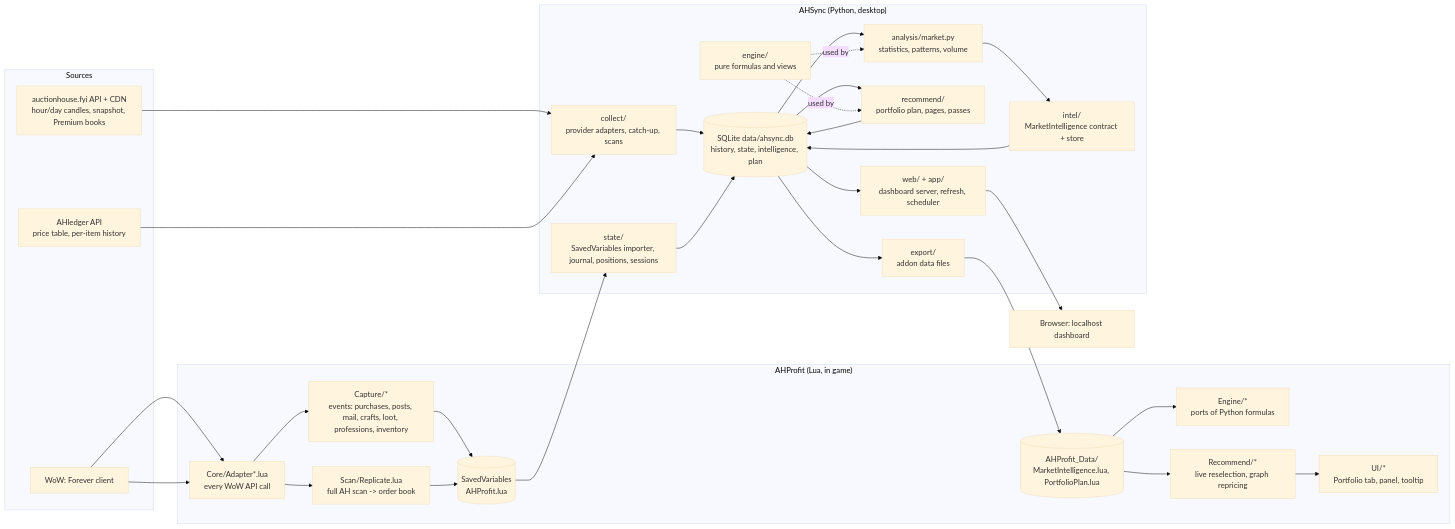
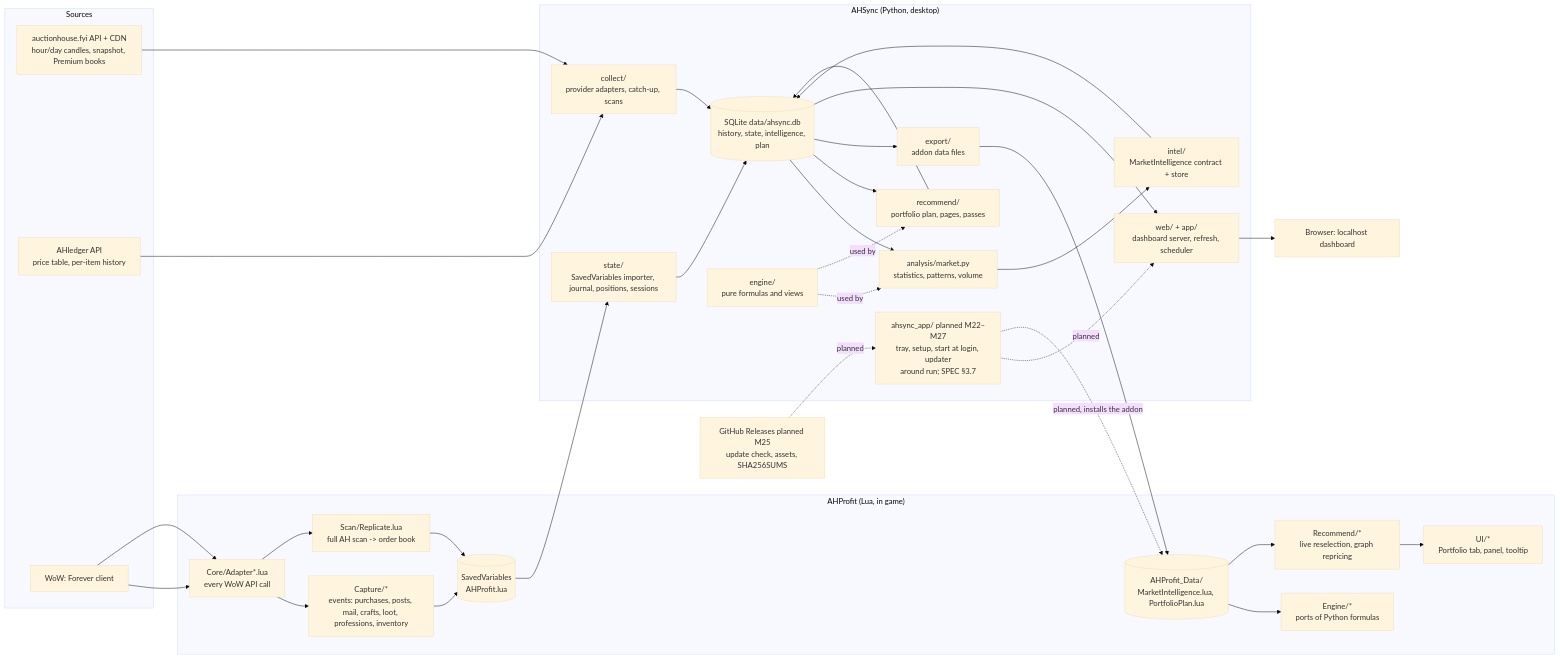
One commit to ctng1213/WowAuction changed the first of 8 diagrams in docs/ARCHITECTURE.md. Above: the diagram before and after it, drawn with Mermaid (base theme). The commit also changed other lines of this file and 4 other files, not shown here.

Commit message:
Spec merge and plan: the packaging batch (M22-M27) in SPEC §3.7, 41 scenarios (DR1-DR28, FM48-FM55, SEC13-SEC15, D97-D98) pending, planned diagrams in ARCHITECTURE §6, and the Opus handoff plan docs/plans/packaging.md with the planner's calls approved

````diff
--- a/docs/ARCHITECTURE.md
+++ b/docs/ARCHITECTURE.md
@@ -11,48 +11,53 @@
 ```mermaid
 flowchart LR
   subgraph Sources
     AHF[auctionhouse.fyi API + CDN<br/>hour/day candles, snapshot, Premium books]
     AHL[AHledger API<br/>price table, per-item history]
     Game[WoW: Forever client]
   end
 
   subgraph Addon["AHProfit (Lua, in game)"]
     Adapter[Core/Adapter*.lua<br/>every WoW API call]
     Capture[Capture/*<br/>events: purchases, posts, mail, crafts, loot, professions, inventory]
     Scan[Scan/Replicate.lua<br/>full AH scan -> order book]
     AEngine[Engine/*<br/>ports of Python formulas]
     Reselect[Recommend/*<br/>live reselection, graph repricing]
     UI[UI/*<br/>Portfolio tab, panel, tooltip]
     SV[(SavedVariables<br/>AHProfit.lua)]
     DataFiles[(AHProfit_Data/<br/>MarketIntelligence.lua, PortfolioPlan.lua)]
   end
 
   subgraph AHSync["AHSync (Python, desktop)"]
     Collect[collect/<br/>provider adapters, catch-up, scans]
     DB[(SQLite data/ahsync.db<br/>history, state, intelligence, plan)]
     Analysis[analysis/market.py<br/>statistics, patterns, volume]
     Intel[intel/<br/>MarketIntelligence contract + store]
     State[state/<br/>SavedVariables importer, journal, positions, sessions]
     Recommend[recommend/<br/>portfolio plan, pages, passes]
     Engine[engine/<br/>pure formulas and views]
     Export[export/<br/>addon data files]
     Web[web/ + app/<br/>dashboard server, refresh, scheduler]
+    Shell[ahsync_app/ planned M22–M27<br/>tray, setup, start at login, updater<br/>around run; SPEC §3.7]
   end
 
   Dashboard[Browser: localhost dashboard]
+  GH[GitHub Releases planned M25<br/>update check, assets, SHA256SUMS]
 
   AHF --> Collect
   AHL --> Collect
+  GH -.planned.-> Shell
+  Shell -.planned.-> Web
+  Shell -.planned, installs the addon.-> DataFiles
   Game --> Adapter --> Capture --> SV
   Game --> Adapter --> Scan --> SV
   SV --> State
   Collect --> DB
   State --> DB
   DB --> Analysis --> Intel --> DB
   DB --> Recommend --> DB
   Engine -.used by.-> Analysis
   Engine -.used by.-> Recommend
   DB --> Export --> DataFiles --> AEngine
   DataFiles --> Reselect --> UI
   DB --> Web --> Dashboard
 ```
````
